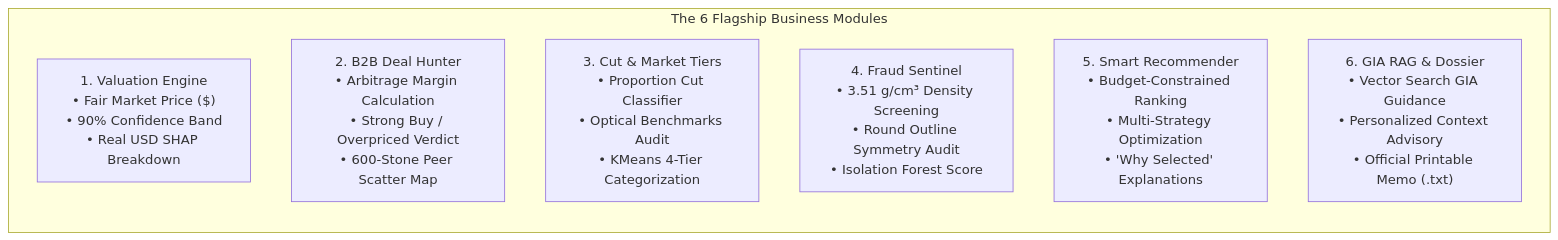
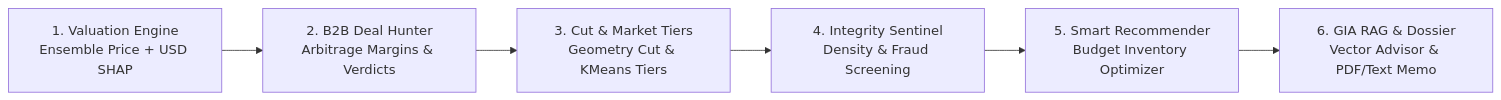
The second of 4 diagrams in README.md (abdullahjawad2006/diamond-market-intelligence-ai), drawn with Mermaid before and after one commit. The commit also changed other lines of this file, not shown here.

````diff
--- a/README.md
+++ b/README.md
@@ -67,11 +67,8 @@
 ```mermaid
 graph LR
-    subgraph Modules ["The 6 Flagship Business Modules"]
-        T1["1. Valuation Engine<br>• Fair Market Price ($)<br>• 90% Confidence Band<br>• Real USD SHAP Breakdown"]
-        T2["2. B2B Deal Hunter<br>• Arbitrage Margin Calculation<br>• Strong Buy / Overpriced Verdict<br>• 600-Stone Peer Scatter Map"]
-        T3["3. Cut & Market Tiers<br>• Proportion Cut Classifier<br>• Optical Benchmarks Audit<br>• KMeans 4-Tier Categorization"]
-        T4["4. Fraud Sentinel<br>• 3.51 g/cm³ Density Screening<br>• Round Outline Symmetry Audit<br>• Isolation Forest Score"]
-        T5["5. Smart Recommender<br>• Budget-Constrained Ranking<br>• Multi-Strategy Optimization<br>• 'Why Selected' Explanations"]
-        T6["6. GIA RAG & Dossier<br>• Vector Search GIA Guidance<br>• Personalized Context Advisory<br>• Official Printable Memo (.txt)"]
-    end
+    M1["1. Valuation Engine<br>Ensemble Price + USD SHAP"] --> M2["2. B2B Deal Hunter<br>Arbitrage Margins & Verdicts"]
+    M2 --> M3["3. Cut & Market Tiers<br>Geometry Cut & KMeans Tiers"]
+    M3 --> M4["4. Integrity Sentinel<br>Density & Fraud Screening"]
+    M4 --> M5["5. Smart Recommender<br>Budget Inventory Optimizer"]
+    M5 --> M6["6. GIA RAG & Dossier<br>Vector Advisor & PDF/Text Memo"]
 ```
````
